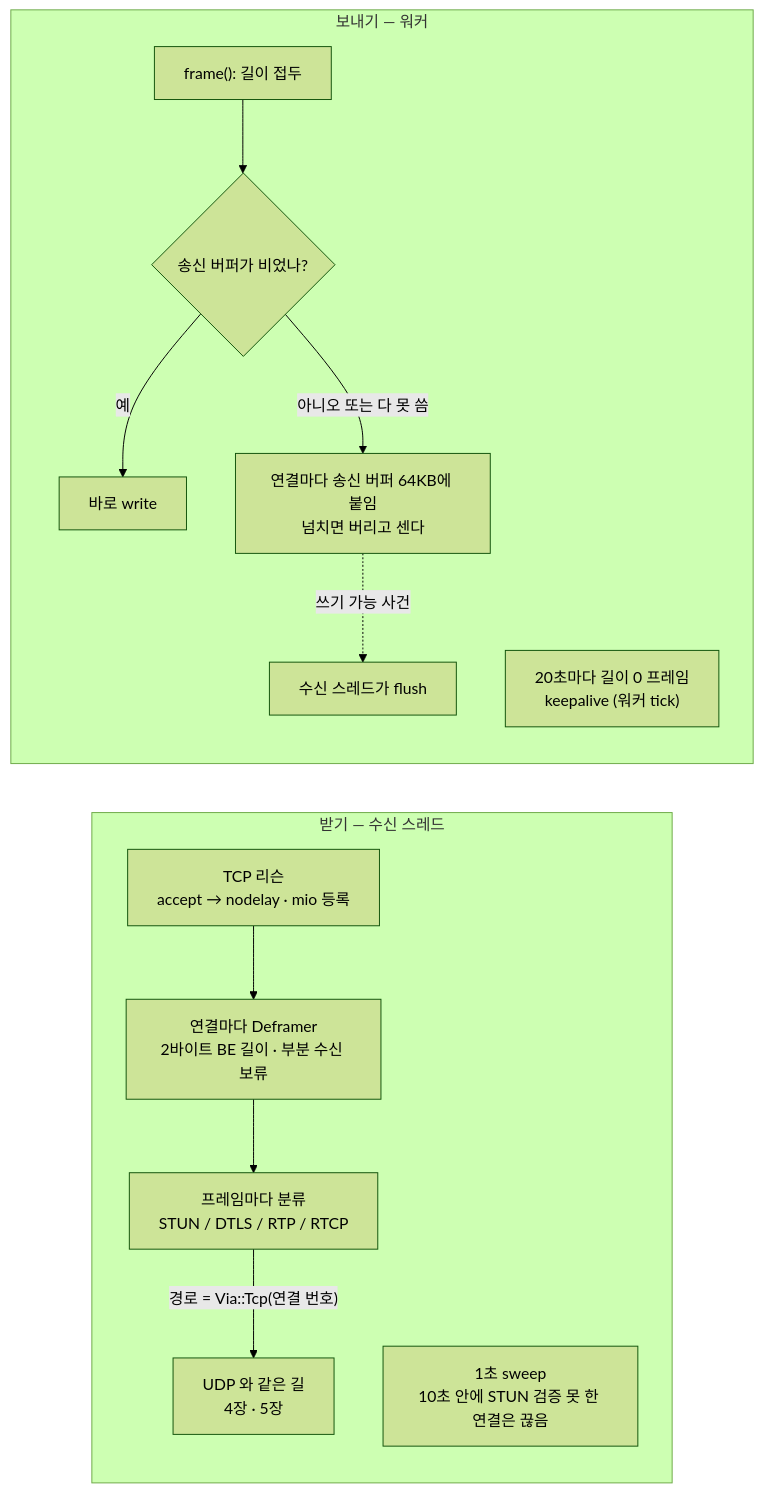
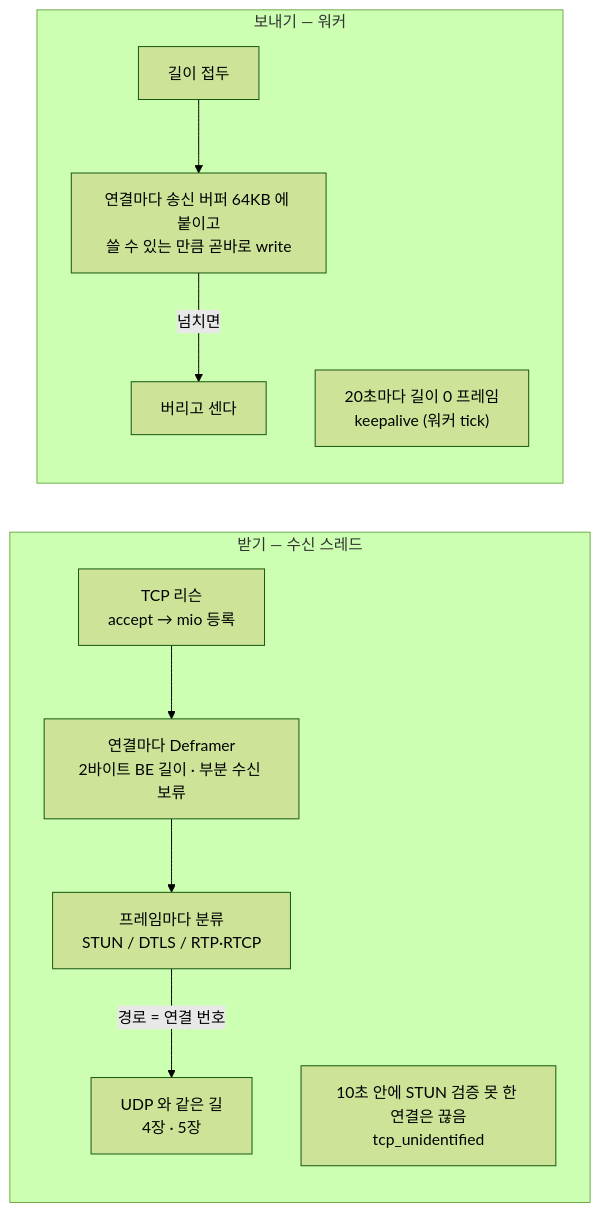
One commit to kodeholic9/oxlens-sfu changed the sixth of 9 diagrams in docs/architecture.md. Above: the diagram before and after it, drawn with Mermaid (forest theme). The commit also changed other lines of this file and 16 other files, not shown here.

First line of the commit message:
공개 문서 현행화 — 연동규격서 공개본 따라잡기(v1.4 이후) · 학습 문서(docs/learn) 신설 · 서버 형상(architecture.md) 40c5ce0 기준 다시 씀 · README 문서 표

````diff
--- a/docs/architecture.md
+++ b/docs/architecture.md
@@ -300,16 +309,14 @@
 ```mermaid
 flowchart LR
     subgraph IN["받기 — 수신 스레드"]
-        L["TCP 리슨<br/>accept → nodelay · mio 등록"] --> CN["연결마다 Deframer<br/>2바이트 BE 길이 · 부분 수신 보류"]
-        CN --> CL["프레임마다 분류<br/>STUN / DTLS / RTP / RTCP"]
-        CL -->|"경로 = Via::Tcp(연결 번호)"| SAME["UDP 와 같은 길<br/>4장 · 5장"]
-        SW["1초 sweep<br/>10초 안에 STUN 검증 못 한 연결은 끊음"]
+        L["TCP 리슨<br/>accept → mio 등록"] --> CN["연결마다 Deframer<br/>2바이트 BE 길이 · 부분 수신 보류"]
+        CN --> CL["프레임마다 분류<br/>STUN / DTLS / RTP·RTCP"]
+        CL -->|"경로 = 연결 번호"| SAME["UDP 와 같은 길<br/>4장 · 5장"]
+        SW["10초 안에 STUN 검증 못 한 연결은 끊음<br/>tcp_unidentified"]
     end
     subgraph OUT["보내기 — 워커"]
-        F["frame(): 길이 접두"] --> P{"송신 버퍼가 비었나?"}
-        P -->|"예"| WR["바로 write"]
-        P -->|"아니오 또는 다 못 씀"| BUF["연결마다 송신 버퍼 64KB에 붙임<br/>넘치면 버리고 센다"]
-        BUF -.->|"쓰기 가능 사건"| FL["수신 스레드가 flush"]
+        F["길이 접두"] --> BUF["연결마다 송신 버퍼 64KB 에 붙이고<br/>쓸 수 있는 만큼 곧바로 write"]
+        BUF -->|"넘치면"| DROP["버리고 센다"]
         KA["20초마다 길이 0 프레임<br/>keepalive (워커 tick)"]
     end
 ```
````
